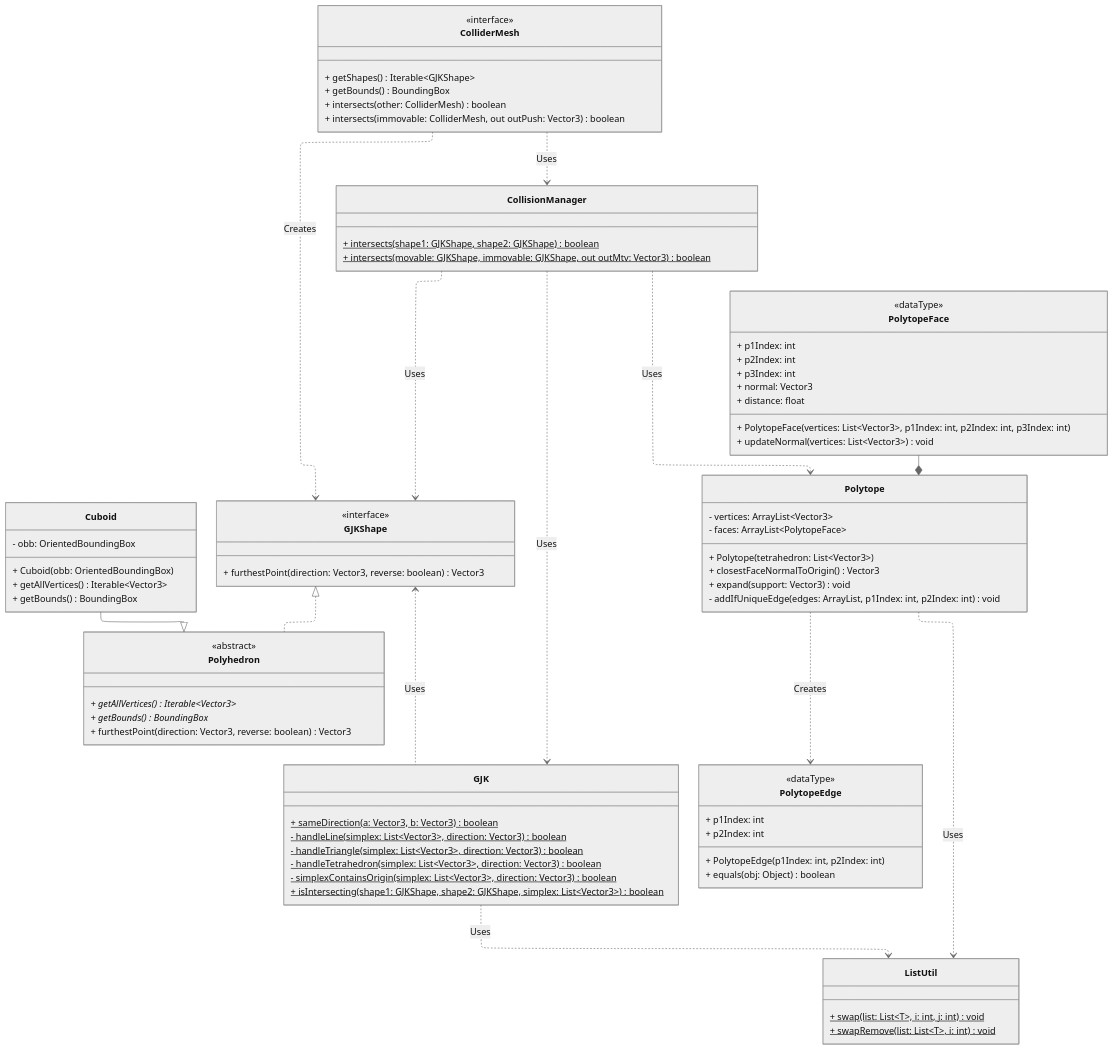
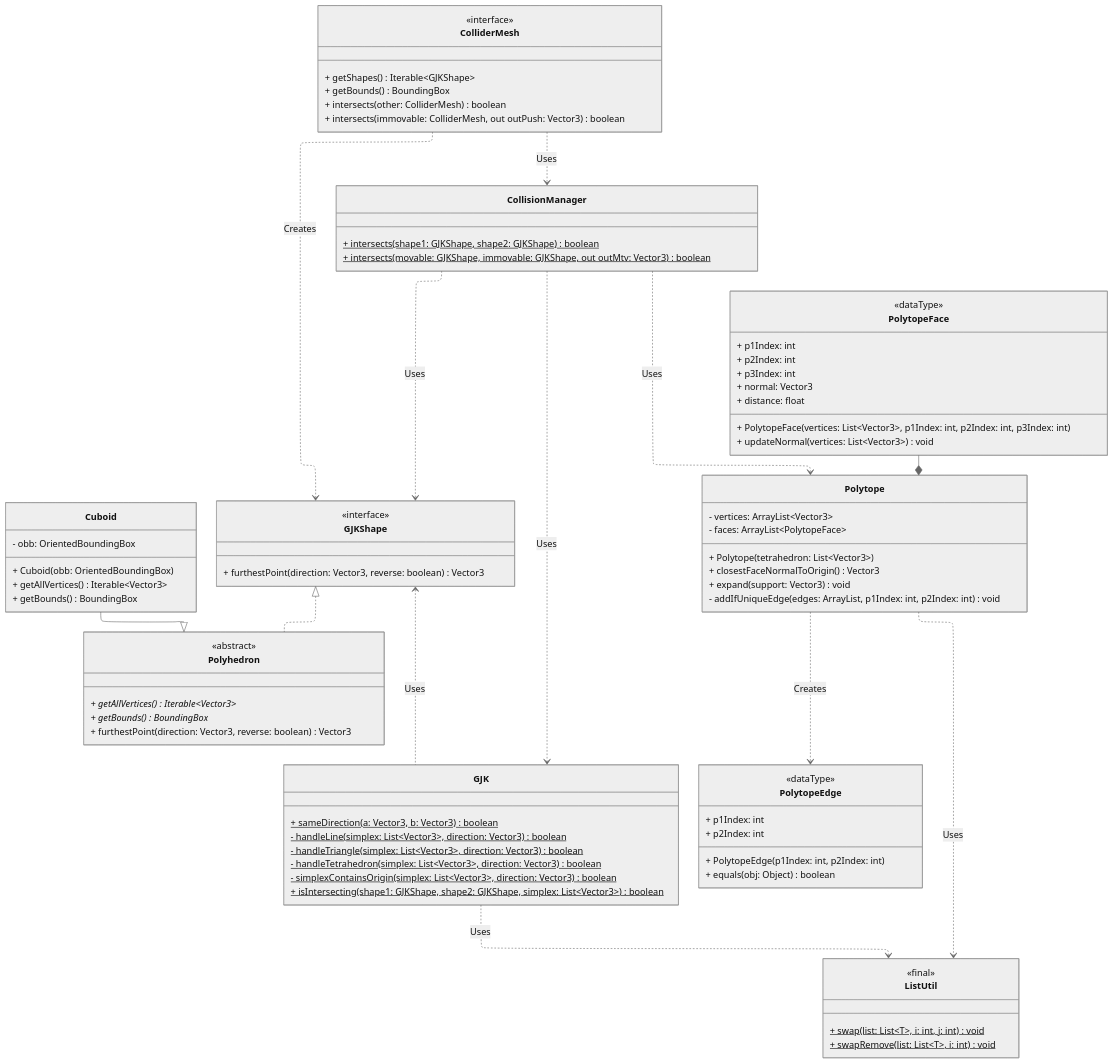
Before and after one commit to TemariVirus/harbour-franca: the diagram in class-diagram/collision.mmd, drawn with Mermaid. The commit also changed 1 other file, not shown here.

Commit message:
Mark ListUtil as final

```diff
--- a/class-diagram/collision.mmd
+++ b/class-diagram/collision.mmd
@@ -1,106 +1,108 @@
 ---
 config:
     theme: neutral
     layout: elk
     defaultRenderer: elk
     elk:
         nodePlacementStrategy: NETWORK_SIMPLEX
 ---
 
 classDiagram
     Cuboid --|> Polyhedron
     GJKShape <|.. Polyhedron
     ColliderMesh ..> GJKShape: Creates
     ColliderMesh ..> CollisionManager: Uses
     CollisionManager ..> GJK: Uses
     CollisionManager ..> GJKShape: Uses
     CollisionManager ..> Polytope: Uses
     GJKShape <.. GJK: Uses
     GJK ..> ListUtil: Uses
     Polytope ..> ListUtil: Uses
     Polytope ..> PolytopeEdge: Creates
     PolytopeFace --* Polytope
 
 
     class ColliderMesh {
         <<interface>>
 
         + getShapes() Iterable~GJKShape~
         + getBounds() BoundingBox
         + intersects(other: ColliderMesh) boolean
         + intersects(immovable: ColliderMesh, out outPush: Vector3) boolean
     }
 
     class CollisionManager {
         + intersects(shape1: GJKShape, shape2: GJKShape)$ boolean
         + intersects(movable: GJKShape, immovable: GJKShape, out outMtv: Vector3)$ boolean
     }
 
     class GJK {
         + sameDirection(a: Vector3, b: Vector3)$ boolean
         - handleLine(simplex: List~Vector3~, direction: Vector3)$ boolean
         - handleTriangle(simplex: List~Vector3~, direction: Vector3)$ boolean
         - handleTetrahedron(simplex: List~Vector3~, direction: Vector3)$ boolean
         - simplexContainsOrigin(simplex: List~Vector3~, direction: Vector3)$ boolean
         + isIntersecting(shape1: GJKShape, shape2: GJKShape, simplex: List~Vector3~)$ boolean
     }
 
     class Polytope {
         - vertices: ArrayList~Vector3~
         - faces: ArrayList~PolytopeFace~
 
         + Polytope(tetrahedron: List~Vector3~)
         + closestFaceNormalToOrigin() Vector3
         + expand(support: Vector3) void
         - addIfUniqueEdge(edges: ArrayList<PolytopeEdge>, p1Index: int, p2Index: int) void
     }
 
     class PolytopeEdge {
         <<dataType>>
 
         + p1Index: int
         + p2Index: int
 
         + PolytopeEdge(p1Index: int, p2Index: int)
         + equals(obj: Object) boolean
     }
 
     class PolytopeFace {
         <<dataType>>
 
         + p1Index: int
         + p2Index: int
         + p3Index: int
         + normal: Vector3
         + distance: float
 
         + PolytopeFace(vertices: List~Vector3~, p1Index: int, p2Index: int, p3Index: int)
         + updateNormal(vertices: List~Vector3~) void
     }
 
     class Cuboid {
         - obb: OrientedBoundingBox
 
         + Cuboid(obb: OrientedBoundingBox)
         + getAllVertices() Iterable~Vector3~
         + getBounds() BoundingBox
     }
 
     class GJKShape {
         <<interface>>
 
         + furthestPoint(direction: Vector3, reverse: boolean) Vector3
     }
 
     class Polyhedron {
         <<abstract>>
 
         + getAllVertices()* Iterable~Vector3~
         + getBounds()* BoundingBox
         + furthestPoint(direction: Vector3, reverse: boolean) Vector3
     }
 
     class ListUtil {
+        <<final>>
+
         + swap(list: List~T~, i: int, j: int)$ void
         + swapRemove(list: List~T~, i: int)$ void
     }
```
